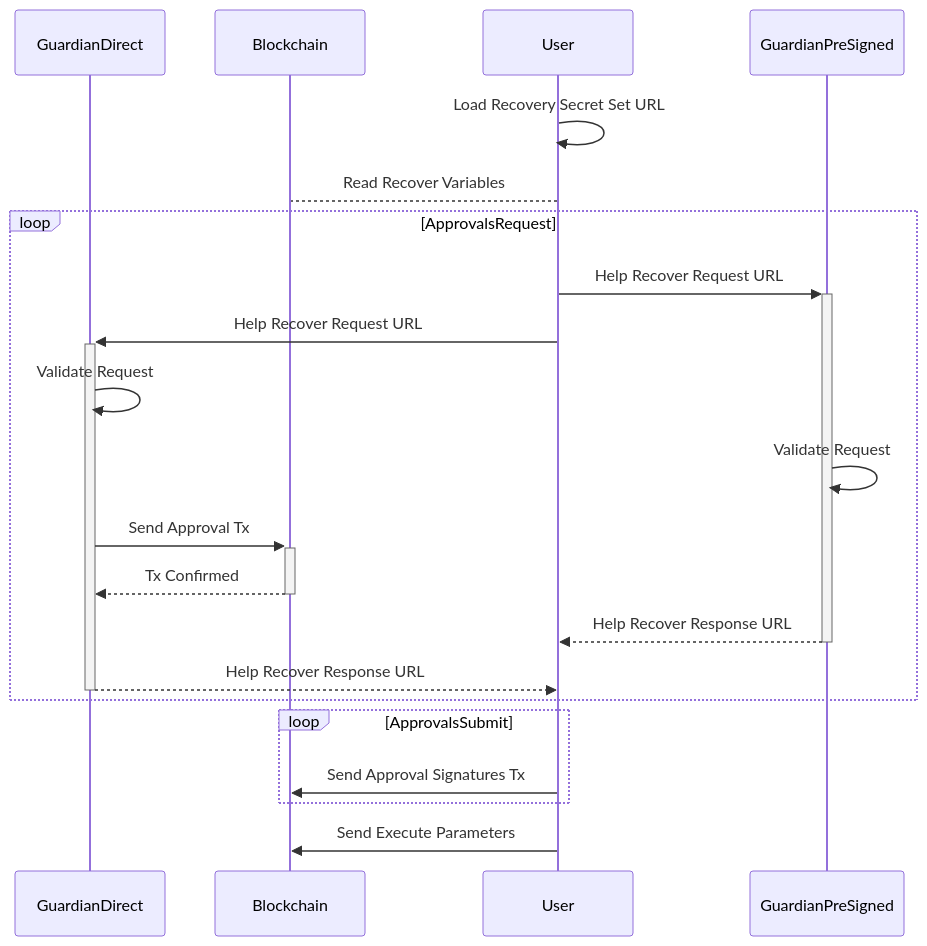
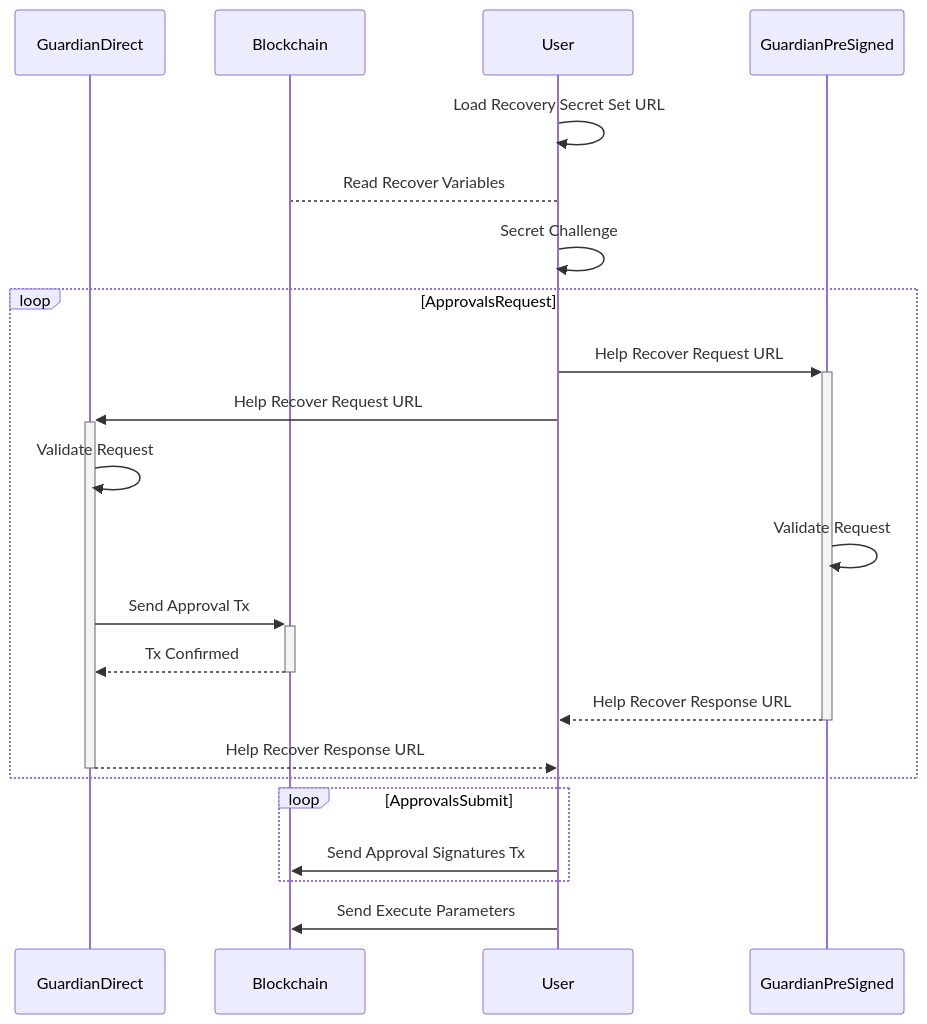
Before and after one commit to ethereum/EIPs: diagram 14 of 17 in EIPS/eip-2429.md, drawn with Mermaid. The commit also changed other lines of this file, not shown here.

Commit message:
add secret challange to sequence diagram

````diff
--- a/EIPS/eip-2429.md
+++ b/EIPS/eip-2429.md
@@ -406,23 +408,24 @@
 ```mermaid
 sequenceDiagram
     participant GuardianDirect
     participant Blockchain
     participant User
     participant GuardianPreSigned
     User->>User: Load Recovery Secret Set URL
     User-->Blockchain: Read Recover Variables
+    User->>User: Secret Challenge
     loop ApprovalsRequest
         User->>+GuardianPreSigned: Help Recover Request URL
         User->>+GuardianDirect: Help Recover Request URL
         GuardianDirect->>GuardianDirect: Validate Request
         GuardianPreSigned->>GuardianPreSigned: Validate Request
         GuardianDirect->>+Blockchain: Send Approval Tx
         Blockchain-->>-GuardianDirect: Tx Confirmed
         GuardianPreSigned-->>-User: Help Recover Response URL
         GuardianDirect-->>-User: Help Recover Response URL
     end 
     loop ApprovalsSubmit
         User->>Blockchain: Send Approval Signatures Tx
     end
     User->>Blockchain: Send Execute Parameters
 ```
````
